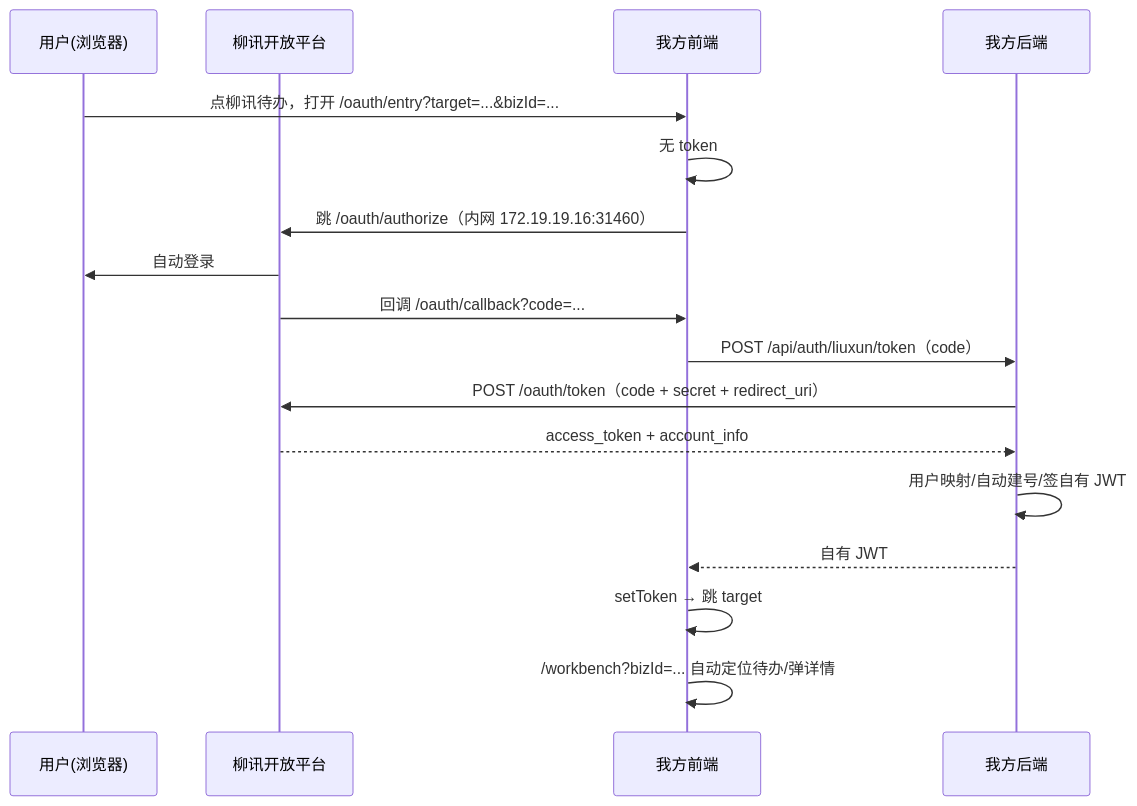
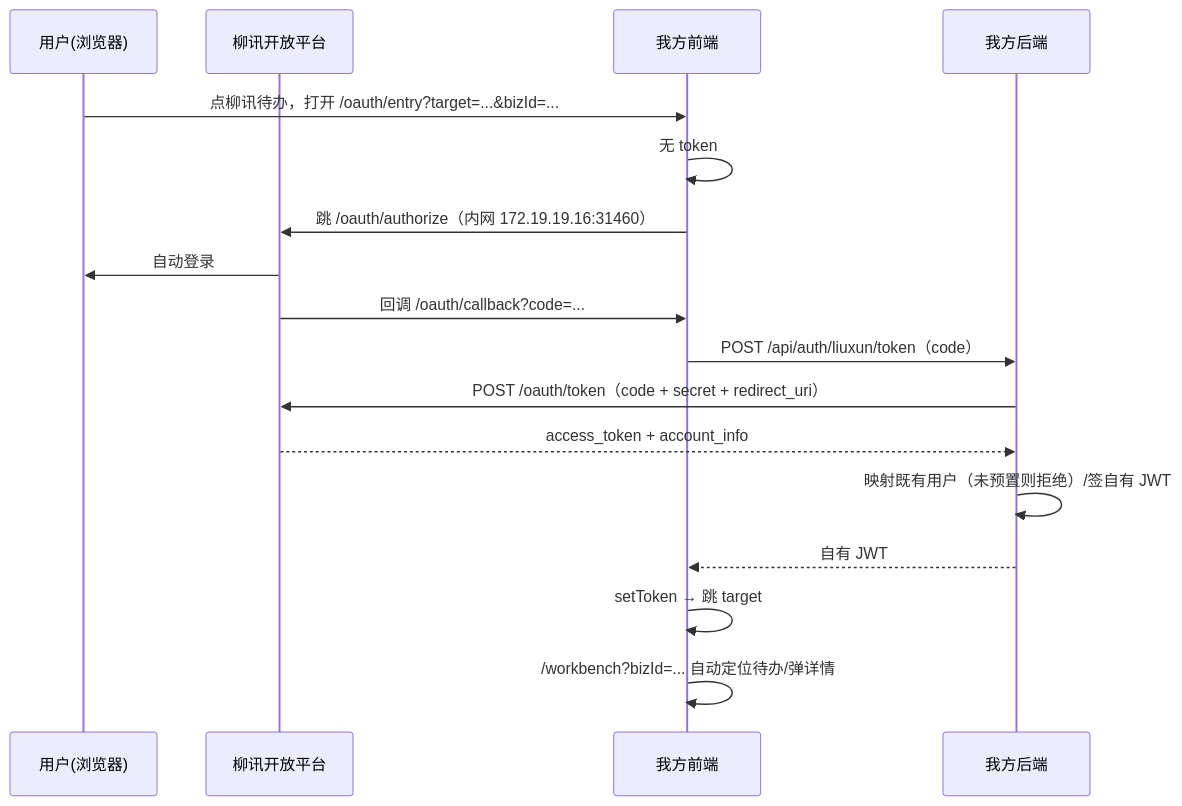
Before and after one commit to forch3657/eam-fams: the first of 2 diagrams in docs/柳讯开放能力平台对接工作文档.md, drawn with Mermaid. The commit also changed other lines of this file and 7 other files, not shown here.

````diff
--- a/docs/柳讯开放能力平台对接工作文档.md
+++ b/docs/柳讯开放能力平台对接工作文档.md
@@ -188,19 +188,19 @@
 ```mermaid
 sequenceDiagram
     participant U as 用户(浏览器)
     participant L as 柳讯开放平台
     participant F as 我方前端
     participant B as 我方后端
     U->>F: 点柳讯待办，打开 /oauth/entry?target=...&bizId=...
     F->>F: 无 token
     F->>L: 跳 /oauth/authorize（内网 172.19.19.16:31460）
     L->>U: 自动登录
     L->>F: 回调 /oauth/callback?code=...
     F->>B: POST /api/auth/liuxun/token（code）
     B->>L: POST /oauth/token（code + secret + redirect_uri）
     L-->>B: access_token + account_info
-    B->>B: 用户映射/自动建号/签自有 JWT
+    B->>B: 映射既有用户（未预置则拒绝）/签自有 JWT
     B-->>F: 自有 JWT
     F->>F: setToken → 跳 target
     F->>F: /workbench?bizId=... 自动定位待办/弹详情
 ```
````
